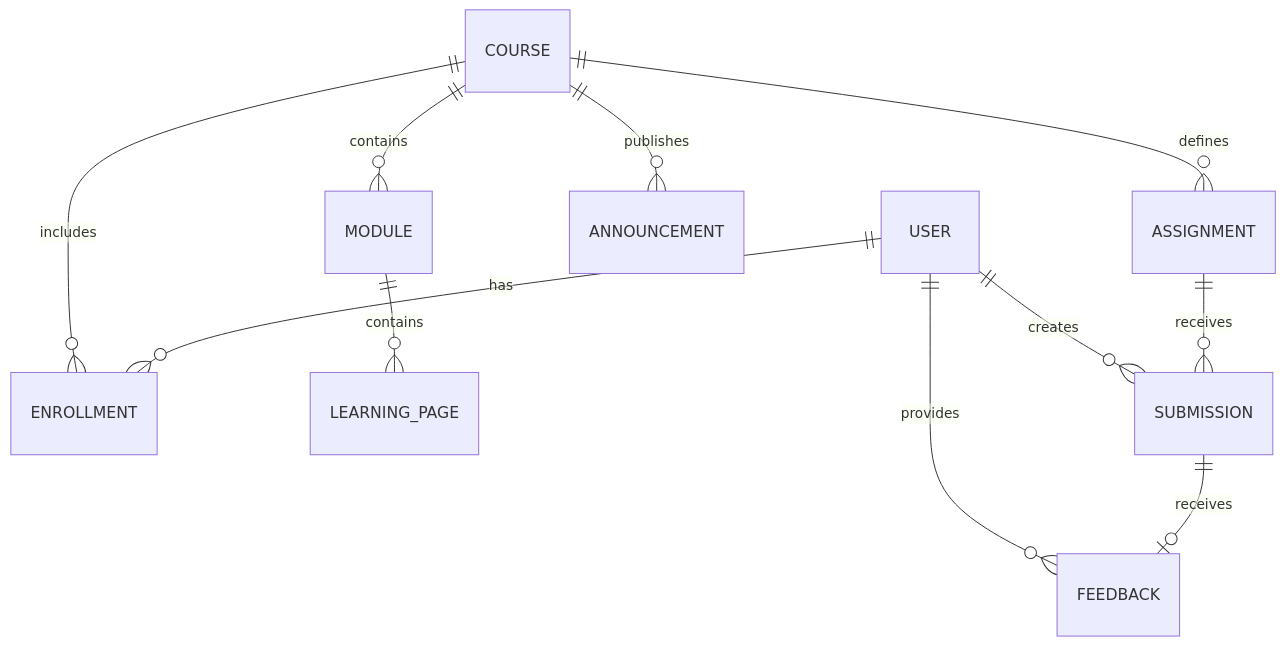
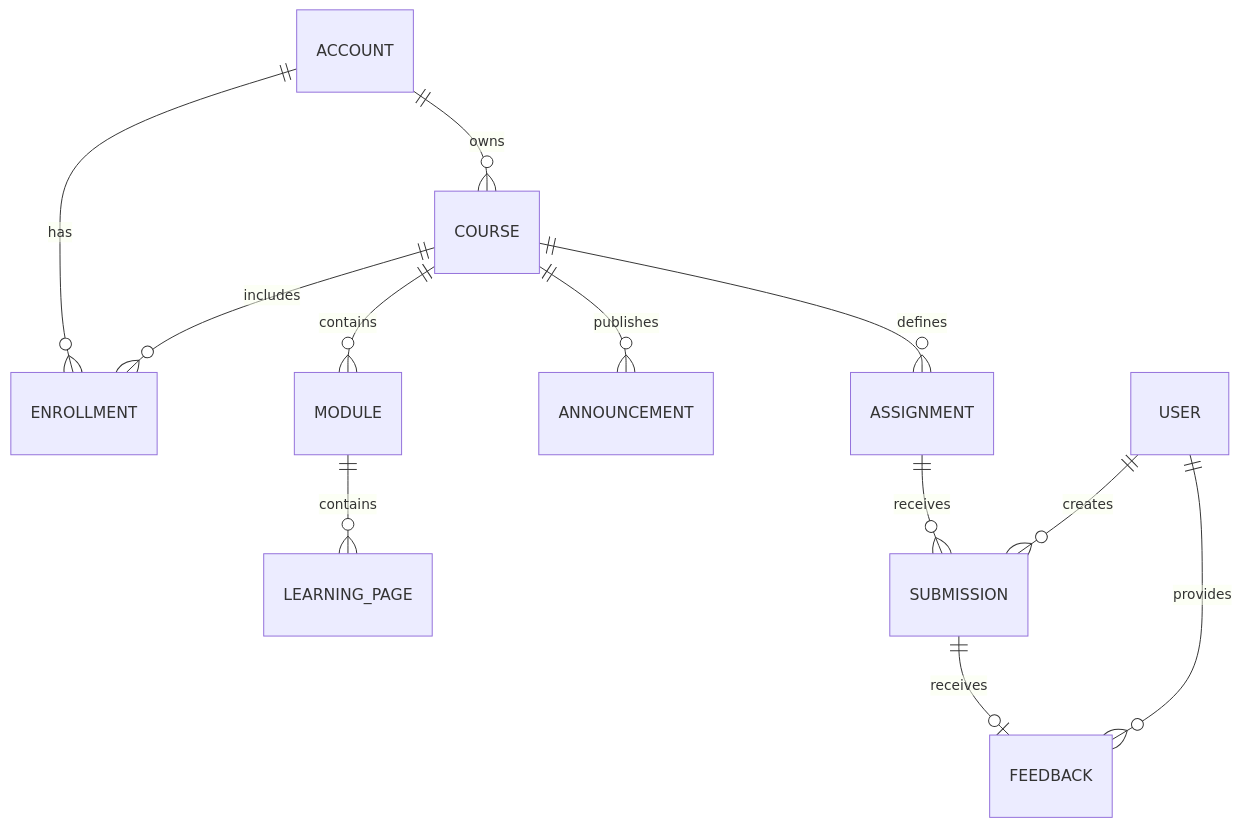
The diagram in docs/uml/data-model.md (ithas2bee/Kokishin), drawn with Mermaid before and after one commit. The commit also changed other lines of this file and 7 other files, not shown here.

Commit message:
Document instructor-managed course enrollment

````diff
--- a/docs/uml/data-model.md
+++ b/docs/uml/data-model.md
@@ -19,13 +19,14 @@
 ```mermaid
 erDiagram
-    USER ||--o{ ENROLLMENT : has
+    ACCOUNT ||--o{ ENROLLMENT : has
+    ACCOUNT ||--o{ COURSE : owns
     COURSE ||--o{ ENROLLMENT : includes
     COURSE ||--o{ MODULE : contains
     MODULE ||--o{ LEARNING_PAGE : contains
     COURSE ||--o{ ANNOUNCEMENT : publishes
     COURSE ||--o{ ASSIGNMENT : defines
     ASSIGNMENT ||--o{ SUBMISSION : receives
     USER ||--o{ SUBMISSION : creates
     SUBMISSION ||--o| FEEDBACK : receives
     USER ||--o{ FEEDBACK : provides
 ```
````
